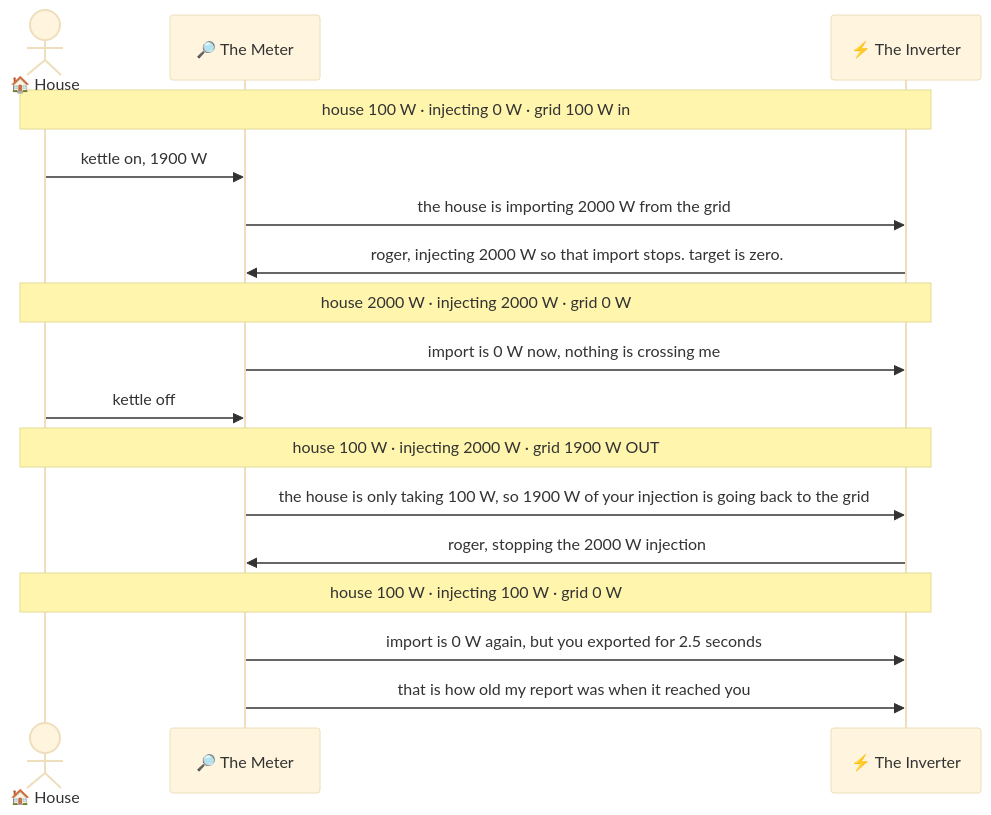
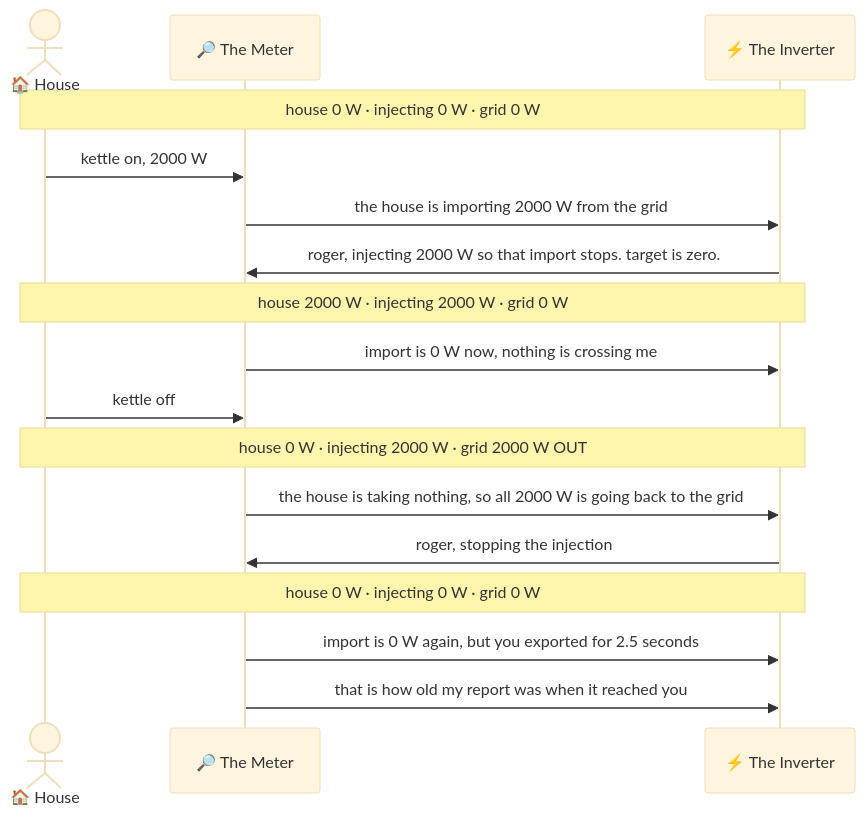
One commit to phoinixgrr/mastori changed the first of 17 diagrams in content/posts/ecoflow-zero-export-ble-meter-injection/index.md. Above: the diagram before and after it, drawn with Mermaid (base theme). The commit also changed other lines of this file, not shown here.

First line of the commit message:
zero-export post: drop the house baseline, idle is 0 W

```diff
--- a/content/posts/ecoflow-zero-export-ble-meter-injection/index.md
+++ b/content/posts/ecoflow-zero-export-ble-meter-injection/index.md
@@ -51,20 +51,20 @@
 {{< mermaid >}}
 sequenceDiagram
     actor H as 🏠 House
     participant M as 🔎 The Meter
     participant I as ⚡ The Inverter
 
-    Note over H,I: house 100 W · injecting 0 W · grid 100 W in
-    H->>M: kettle on, 1900 W
+    Note over H,I: house 0 W · injecting 0 W · grid 0 W
+    H->>M: kettle on, 2000 W
     M->>I: the house is importing 2000 W from the grid
     I->>M: roger, injecting 2000 W so that import stops. target is zero.
     Note over H,I: house 2000 W · injecting 2000 W · grid 0 W
     M->>I: import is 0 W now, nothing is crossing me
     H->>M: kettle off
-    Note over H,I: house 100 W · injecting 2000 W · grid 1900 W OUT
-    M->>I: the house is only taking 100 W, so 1900 W of your injection is going back to the grid
-    I->>M: roger, stopping the 2000 W injection
-    Note over H,I: house 100 W · injecting 100 W · grid 0 W
+    Note over H,I: house 0 W · injecting 2000 W · grid 2000 W OUT
+    M->>I: the house is taking nothing, so all 2000 W is going back to the grid
+    I->>M: roger, stopping the injection
+    Note over H,I: house 0 W · injecting 0 W · grid 0 W
     M->>I: import is 0 W again, but you exported for 2.5 seconds
     M->>I: that is how old my report was when it reached you
 {{< /mermaid >}}
```
